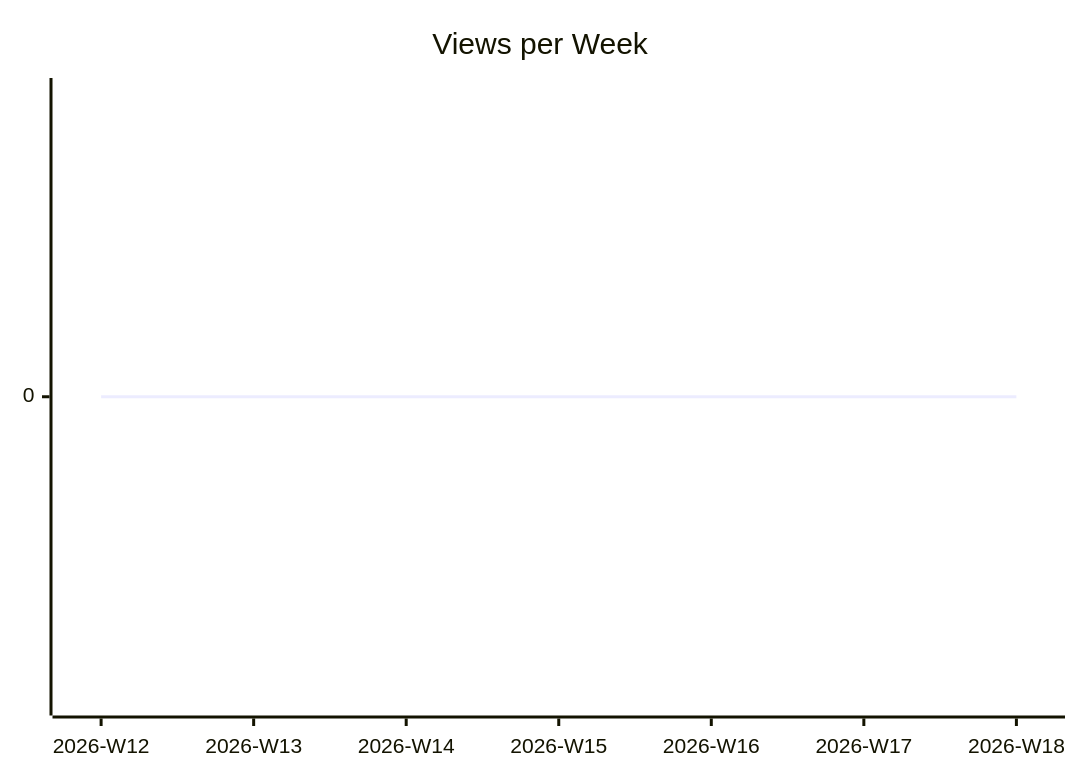
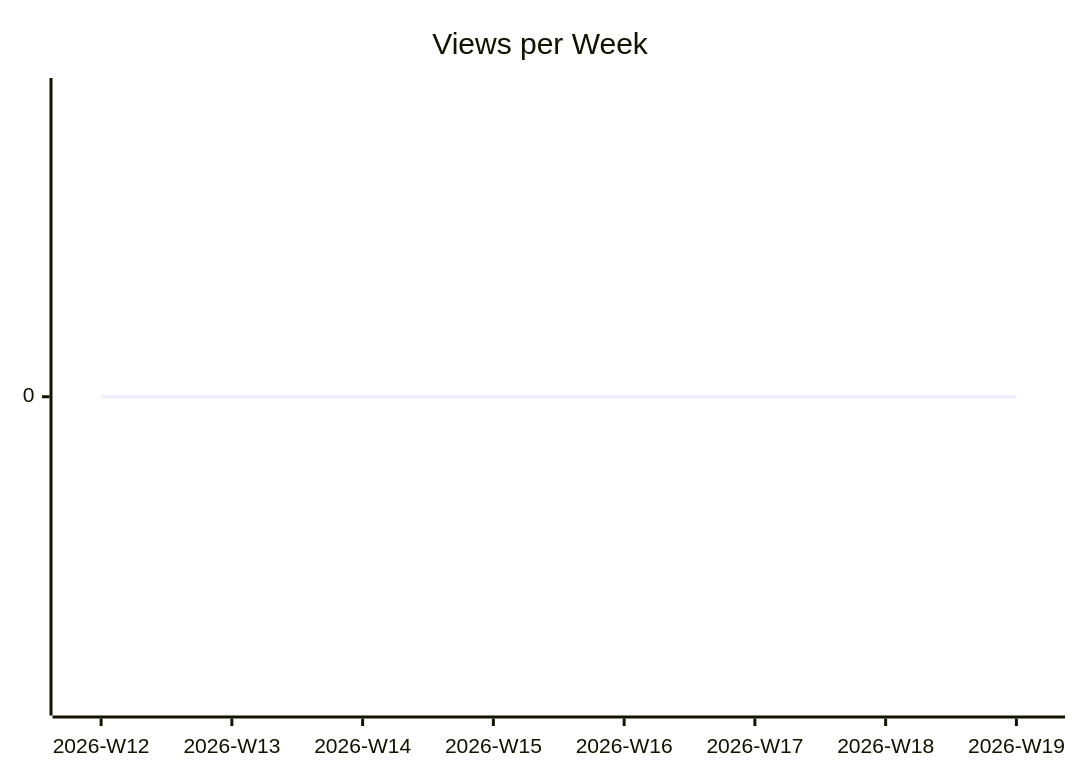
One commit to justdavis-family/github-analytics-data changed the second of 3 diagrams in karlmdavis/liquibase/README.md. Above: the diagram before and after it, drawn with Mermaid. The commit also changed other lines of this file and 187 other files, not shown here.

````diff
--- a/karlmdavis/liquibase/README.md
+++ b/karlmdavis/liquibase/README.md
@@ -12,6 +12,6 @@
 ```mermaid
 xychart-beta
   title "Views per Week"
-  x-axis ["2026-W12", "2026-W13", "2026-W14", "2026-W15", "2026-W16", "2026-W17", "2026-W18"]
-  line [0, 0, 0, 0, 0, 0, 0]
+  x-axis ["2026-W12", "2026-W13", "2026-W14", "2026-W15", "2026-W16", "2026-W17", "2026-W18", "2026-W19"]
+  line [0, 0, 0, 0, 0, 0, 0, 0]
 ```
````
